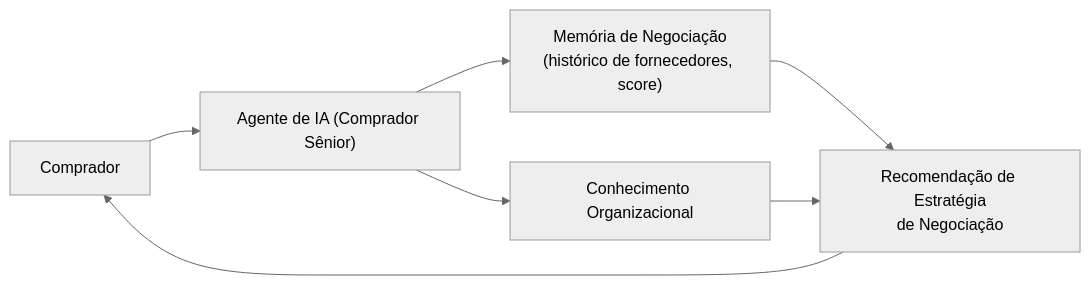
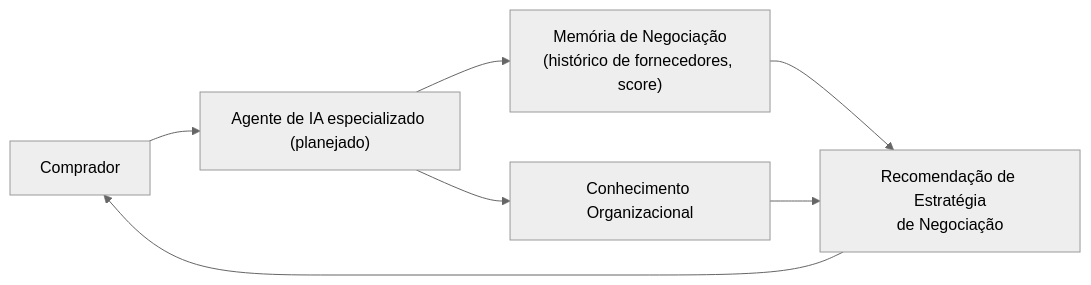
The diagram in docs/Product Blueprint.md (Julio10r/SOMA-BlueprintOS), drawn with Mermaid (neutral theme) before and after one commit. The commit also changed other lines of this file and 36 other files, not shown here.

````diff
--- a/docs/Product Blueprint.md
+++ b/docs/Product Blueprint.md
@@ -32,9 +32,9 @@
 ```mermaid
 flowchart LR
-    Comprador --> Agente["Agente de IA (Comprador Sênior)"]
+    Comprador --> Agente["Agente de IA especializado (planejado)"]
     Agente --> Memoria["Memória de Negociação\n(histórico de fornecedores, score)"]
     Agente --> Conhecimento["Conhecimento Organizacional"]
     Memoria --> Recomendacao["Recomendação de Estratégia\nde Negociação"]
     Conhecimento --> Recomendacao
     Recomendacao --> Comprador
 ```
````
